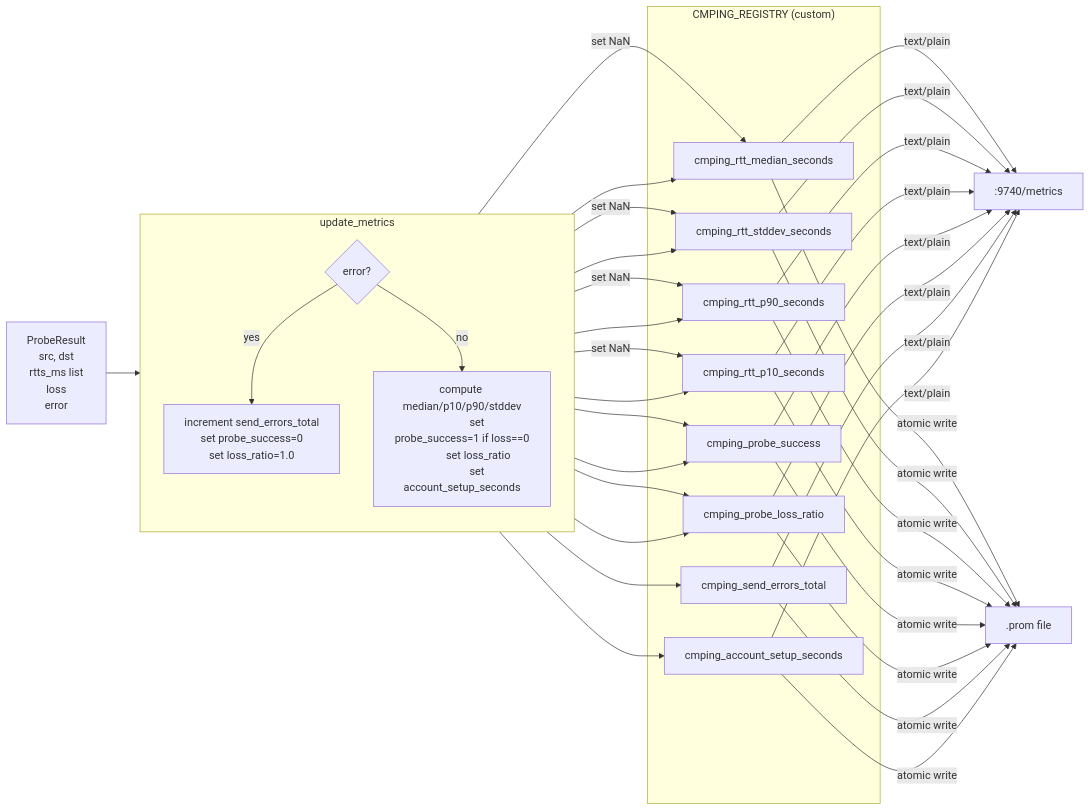
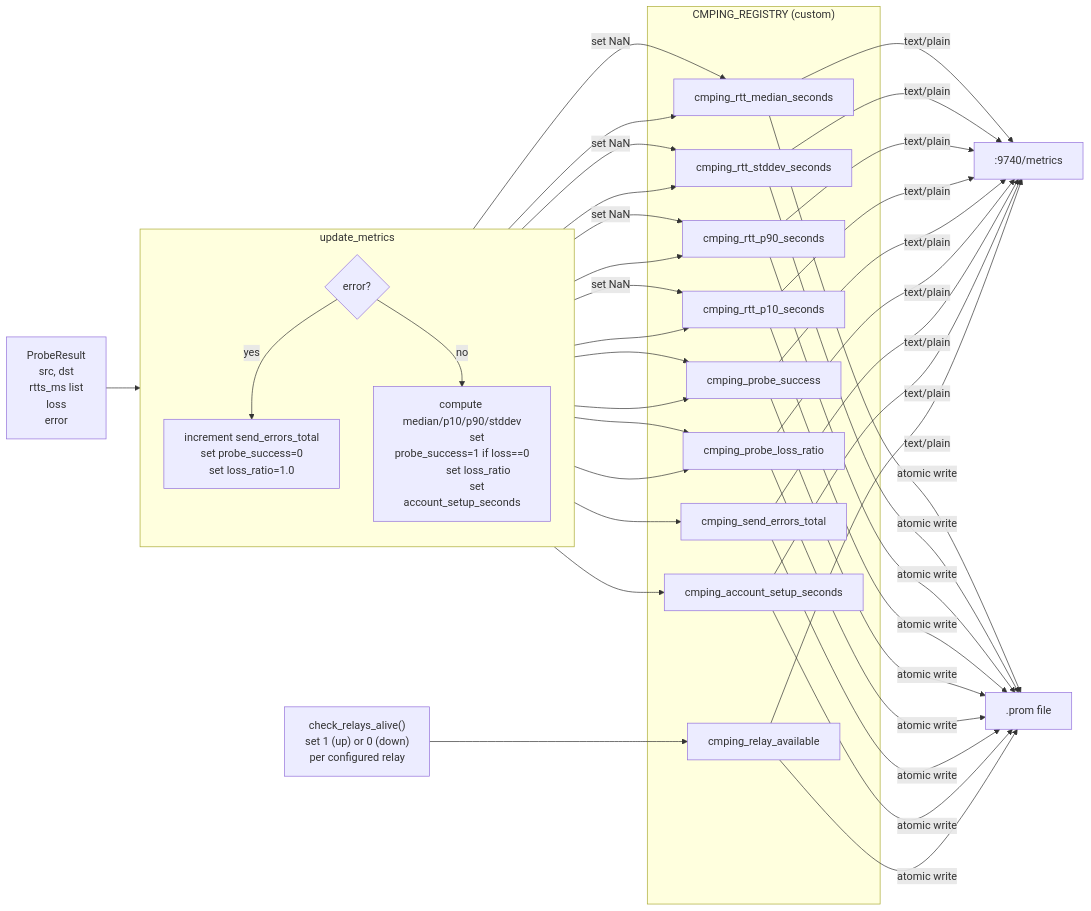
One commit to j4n/chatmail-prober changed the sixth of 9 diagrams in TECHNICAL.md. Above: the diagram before and after it, drawn with Mermaid. The commit also changed other lines of this file and 4 other files, not shown here.

First line of the commit message:
Add cmping_relay_available metric with reason label

````diff
--- a/TECHNICAL.md
+++ b/TECHNICAL.md
@@ -379,52 +379,58 @@
 ```mermaid
 flowchart LR
     PR["ProbeResult
         src, dst
         rtts_ms list
         loss
         error"]
 
     subgraph update_metrics
         direction TB
         CHK{error?}
         ERR["increment send_errors_total
             set probe_success=0
             set loss_ratio=1.0"]
         OK["compute median/p10/p90/stddev
             set probe_success=1 if loss==0
             set loss_ratio
             set account_setup_seconds"]
     end
 
     subgraph CMPING_REGISTRY["CMPING_REGISTRY (custom)"]
         M1[cmping_rtt_median_seconds]
         M2[cmping_rtt_stddev_seconds]
         M3[cmping_rtt_p90_seconds]
         M4[cmping_rtt_p10_seconds]
         M5[cmping_probe_success]
         M6[cmping_probe_loss_ratio]
         M7[cmping_send_errors_total]
         M8[cmping_account_setup_seconds]
+        M9[cmping_relay_available]
     end
+
+    ALC["check_relays_alive()
+        set 1 (up) or 0 (down)
+        per configured relay"]
 
     PR --> CHK
     CHK -->|yes| ERR
     CHK -->|no| OK
+    ALC --> M9
     ERR --> M5
     ERR --> M6
     ERR --> M7
     ERR -->|"set NaN"| M1
     ERR -->|"set NaN"| M2
     ERR -->|"set NaN"| M3
     ERR -->|"set NaN"| M4
     OK --> M1
     OK --> M2
     OK --> M3
     OK --> M4
     OK --> M5
     OK --> M6
     OK --> M8
 
-    M1 & M2 & M3 & M4 & M5 & M6 & M7 & M8 -->|"text/plain"| HTTP[":9740/metrics"]
-    M1 & M2 & M3 & M4 & M5 & M6 & M7 & M8 -->|"atomic write"| TEXTFILE[".prom file"]
+    M1 & M2 & M3 & M4 & M5 & M6 & M7 & M8 & M9 -->|"text/plain"| HTTP[":9740/metrics"]
+    M1 & M2 & M3 & M4 & M5 & M6 & M7 & M8 & M9 -->|"atomic write"| TEXTFILE[".prom file"]
 ```
````
